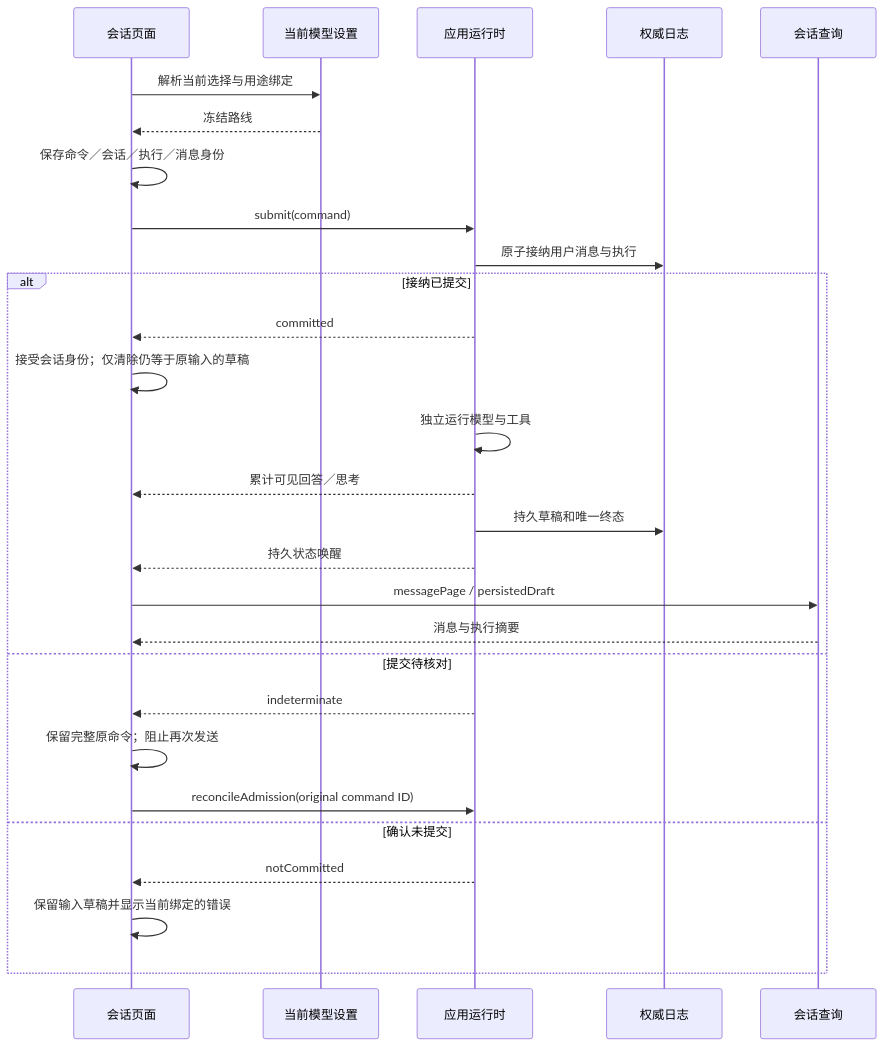
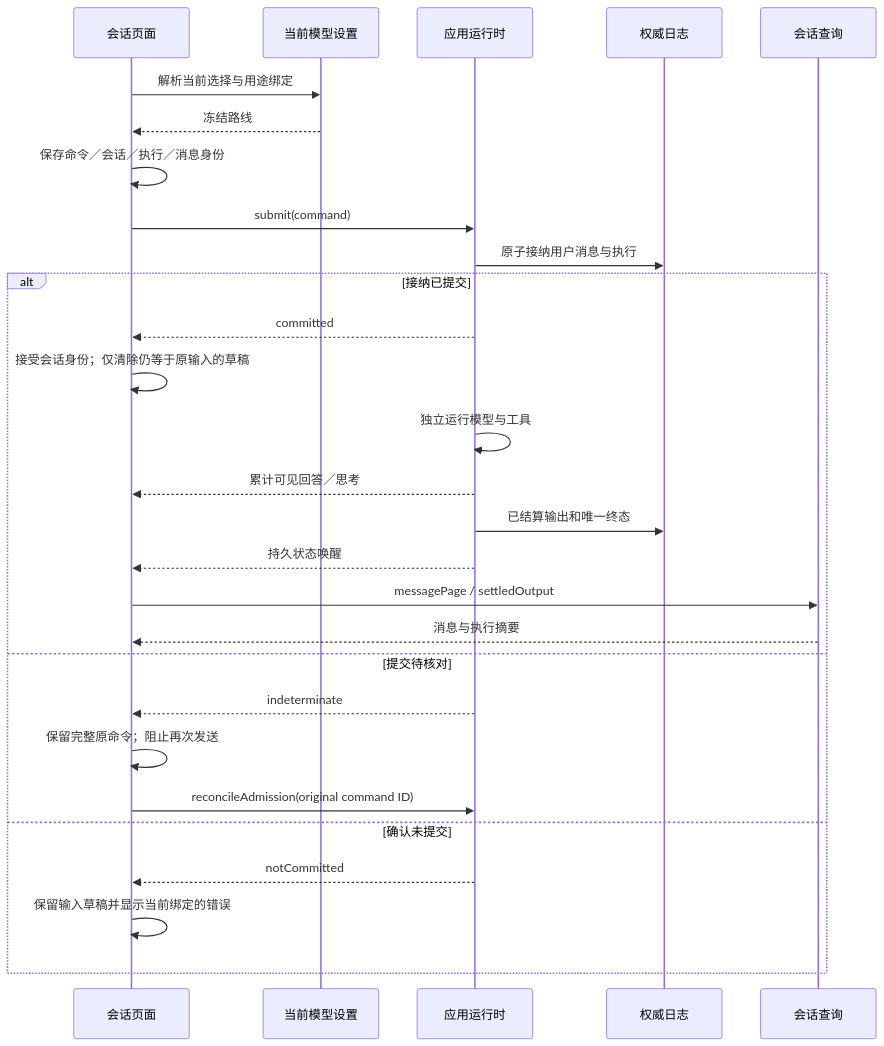
One commit to alwynou/mira changed the second of 2 diagrams in docs/architecture/MAC_CONVERSATION_PRESENTATION.md. Above: the diagram before and after it, drawn with Mermaid. The commit also changed other lines of this file and 290 other files, not shown here.

````diff
--- a/docs/architecture/MAC_CONVERSATION_PRESENTATION.md
+++ b/docs/architecture/MAC_CONVERSATION_PRESENTATION.md
@@ -37,30 +37,30 @@
 ```mermaid
 sequenceDiagram
     participant Page as 会话页面
     participant Settings as 当前模型设置
     participant App as 应用运行时
     participant Journal as 权威日志
     participant Query as 会话查询
     Page->>Settings: 解析当前选择与用途绑定
     Settings-->>Page: 冻结路线
     Page->>Page: 保存命令／会话／执行／消息身份
     Page->>App: submit(command)
     App->>Journal: 原子接纳用户消息与执行
     alt 接纳已提交
         App-->>Page: committed
         Page->>Page: 接受会话身份；仅清除仍等于原输入的草稿
         App->>App: 独立运行模型与工具
         App-->>Page: 累计可见回答／思考
-        App->>Journal: 持久草稿和唯一终态
+        App->>Journal: 已结算输出和唯一终态
         App-->>Page: 持久状态唤醒
-        Page->>Query: messagePage / persistedDraft
+        Page->>Query: messagePage / settledOutput
         Query-->>Page: 消息与执行摘要
     else 提交待核对
         App-->>Page: indeterminate
         Page->>Page: 保留完整原命令；阻止再次发送
         Page->>App: reconcileAdmission(original command ID)
     else 确认未提交
         App-->>Page: notCommitted
         Page->>Page: 保留输入草稿并显示当前绑定的错误
     end
 ```
````
